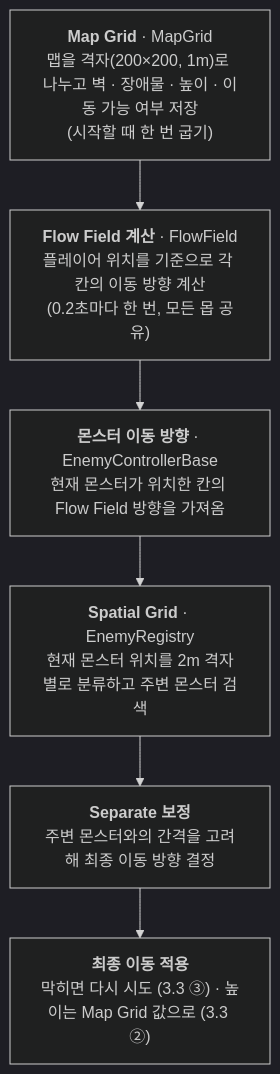
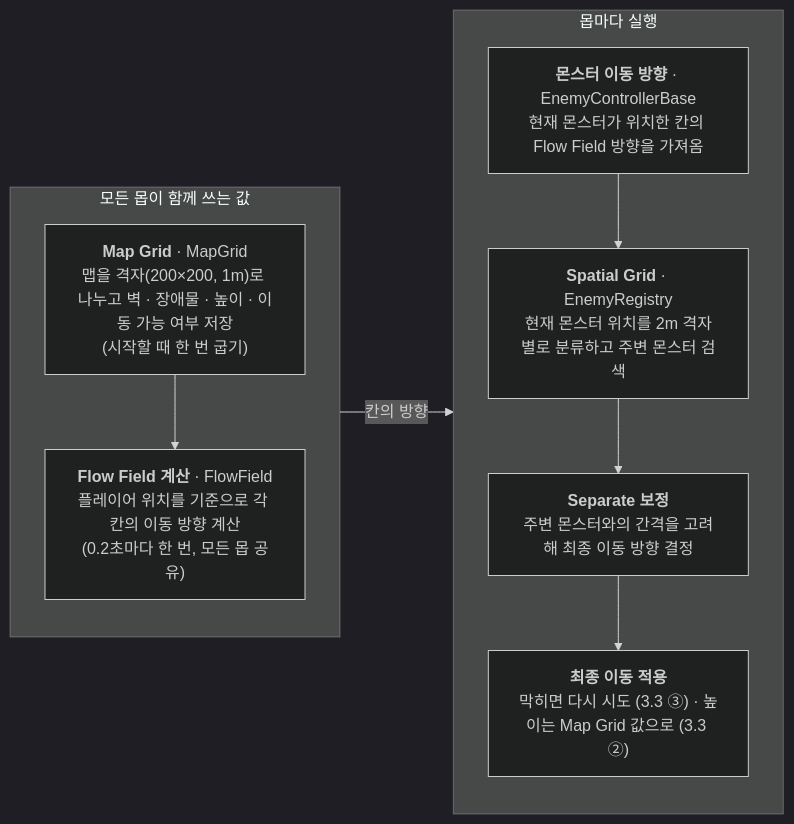
Before and after one commit to NaJungWon/portfolio: the third of 7 diagrams in src/06-project3d/기술문서.md, drawn with Mermaid (dark theme). The commit also changed other lines of this file and 10 other files, not shown here.

````diff
--- a/src/06-project3d/기술문서.md
+++ b/src/06-project3d/기술문서.md
@@ -237,10 +230,18 @@
 ```mermaid
-flowchart TB
+flowchart LR
     MG["<b>Map Grid</b> · MapGrid<br/>맵을 격자(200×200, 1m)로 나누고 벽 · 장애물 · 높이 · 이동 가능 여부 저장<br/>(시작할 때 한 번 굽기)"]
     FF["<b>Flow Field 계산</b> · FlowField<br/>플레이어 위치를 기준으로 각 칸의 이동 방향 계산<br/>(0.2초마다 한 번, 모든 몹 공유)"]
     DIR["<b>몬스터 이동 방향</b> · EnemyControllerBase<br/>현재 몬스터가 위치한 칸의 Flow Field 방향을 가져옴"]
     SG["<b>Spatial Grid</b> · EnemyRegistry<br/>현재 몬스터 위치를 2m 격자별로 분류하고 주변 몬스터 검색"]
     SEP["<b>Separate 보정</b><br/>주변 몬스터와의 간격을 고려해 최종 이동 방향 결정"]
     MOVE["<b>최종 이동 적용</b><br/>막히면 다시 시도 (3.3 ③) · 높이는 Map Grid 값으로 (3.3 ②)"]
-    MG --> FF --> DIR --> SG --> SEP --> MOVE
+    subgraph SHARED["모든 몹이 함께 쓰는 값"]
+        direction TB
+        MG --> FF
+    end
+    subgraph EACH["몹마다 실행"]
+        direction TB
+        DIR --> SG --> SEP --> MOVE
+    end
+    SHARED -->|"칸의 방향"| EACH
 ```
````
